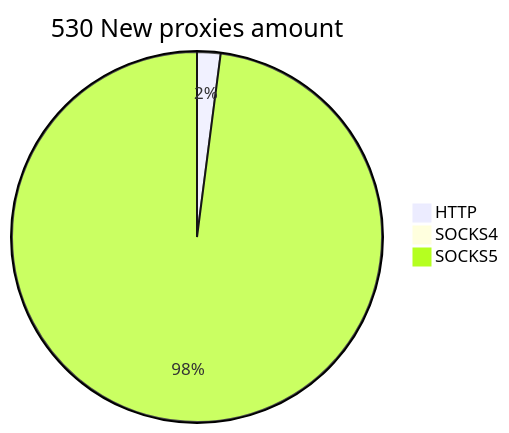
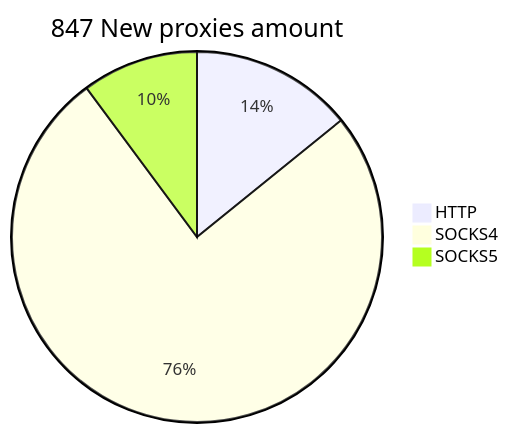
Before and after one commit to cutipu/proxylist: the second of 2 diagrams in README.md, drawn with Mermaid. The commit also changed other lines of this file, not shown here.

````diff
--- a/README.md
+++ b/README.md
@@ -10,6 +10,6 @@
 ```mermaid
-pie title 530 New proxies amount
-    "HTTP" : 24
-    "SOCKS4" : 0
-    "SOCKS5" : 1149
+pie title 847 New proxies amount
+    "HTTP" : 120
+    "SOCKS4" : 641
+    "SOCKS5" : 86
 ```
````
